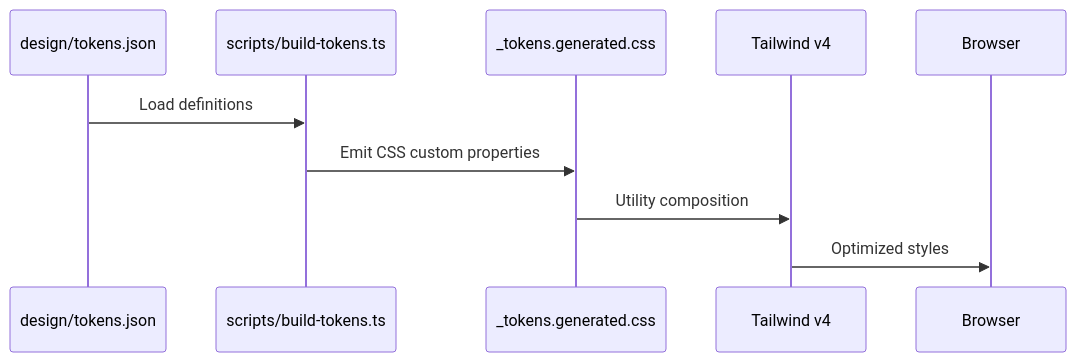
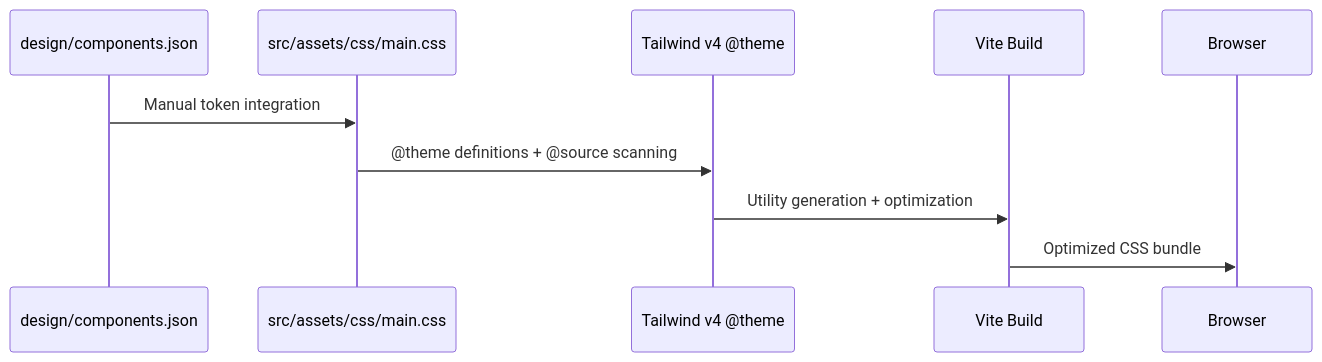
Before and after one commit to Danduartem/cafe_com_vendas_v2: the third of 4 diagrams in docs/architecture-overview.md, drawn with Mermaid. The commit also changed other lines of this file and 146 other files, not shown here.

````diff
--- a/docs/architecture-overview.md
+++ b/docs/architecture-overview.md
@@ -106,13 +113,13 @@
 ```mermaid
 sequenceDiagram
-  participant Tokens as design/tokens.json
-  participant Builder as scripts/build-tokens.ts
-  participant CSS as _tokens.generated.css
-  participant Tailwind as Tailwind v4
+  participant Design as design/components.json
+  participant CSS as src/assets/css/main.css
+  participant Tailwind as Tailwind v4 @theme
+  participant Vite as Vite Build
   participant Browser as Browser
 
-  Tokens->>Builder: Load definitions
-  Builder->>CSS: Emit CSS custom properties
-  CSS->>Tailwind: Utility composition
-  Tailwind->>Browser: Optimized styles
+  Design->>CSS: Manual token integration
+  CSS->>Tailwind: @theme definitions + @source scanning
+  Tailwind->>Vite: Utility generation + optimization
+  Vite->>Browser: Optimized CSS bundle
 ```
````
